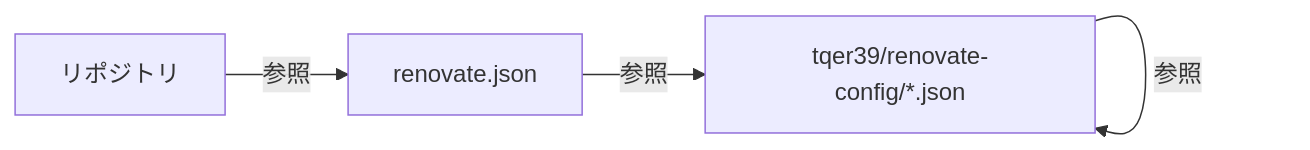
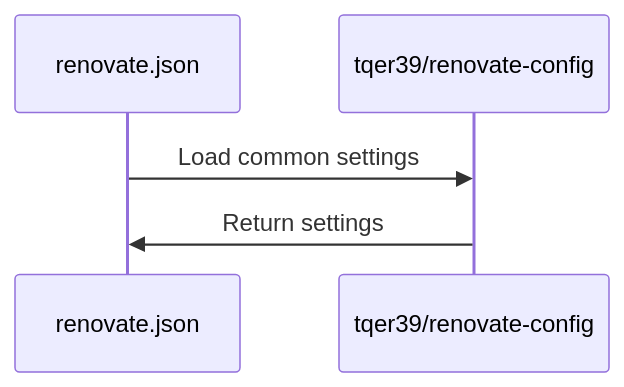
One commit to tqer39/renovate-config changed the diagram in README.md. Above: the diagram before and after it, drawn with Mermaid. The commit also changed other lines of this file and 3 other files, not shown here.

````diff
--- a/README.md
+++ b/README.md
@@ -7,6 +61,5 @@
 ```mermaid
-graph LR
-A[リポジトリ] -- 参照 --> B[renovate.json]
-B -- 参照 --> C[tqer39/renovate-config/default.json]
-C -- 参照 --> C[tqer39/renovate-config/*.json]
+sequenceDiagram
+    renovate.json->>tqer39/renovate-config: Load common settings
+    tqer39/renovate-config->>renovate.json: Return settings
 ```
````
